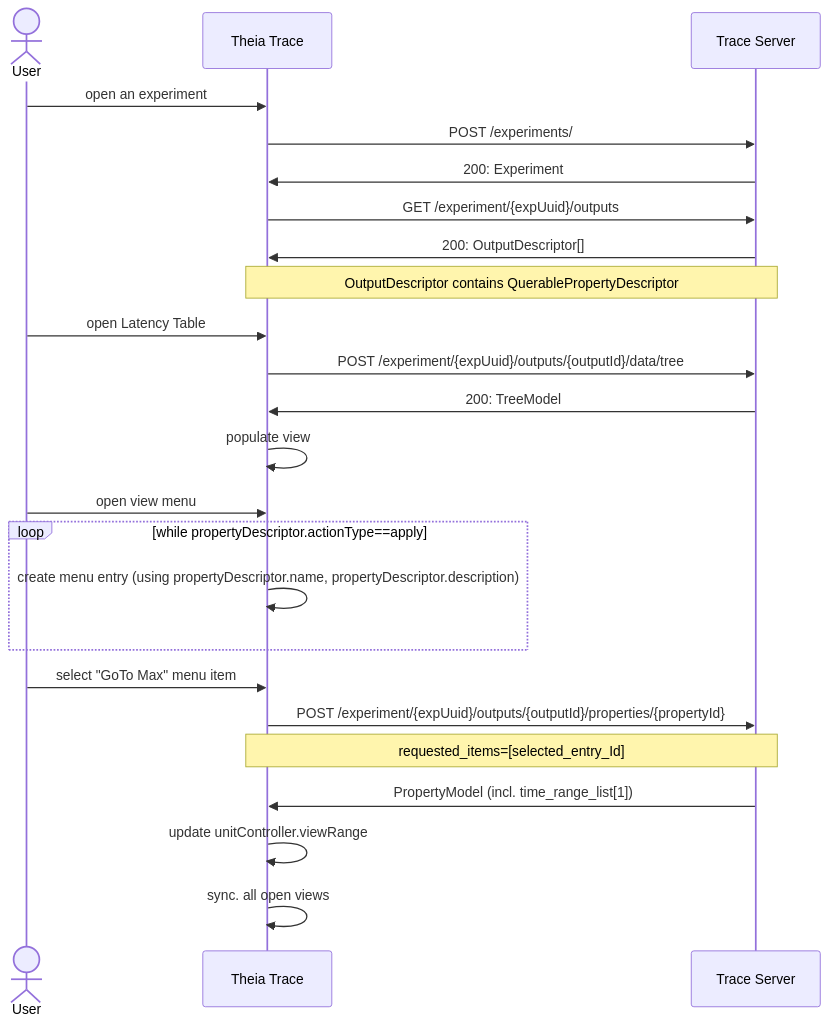
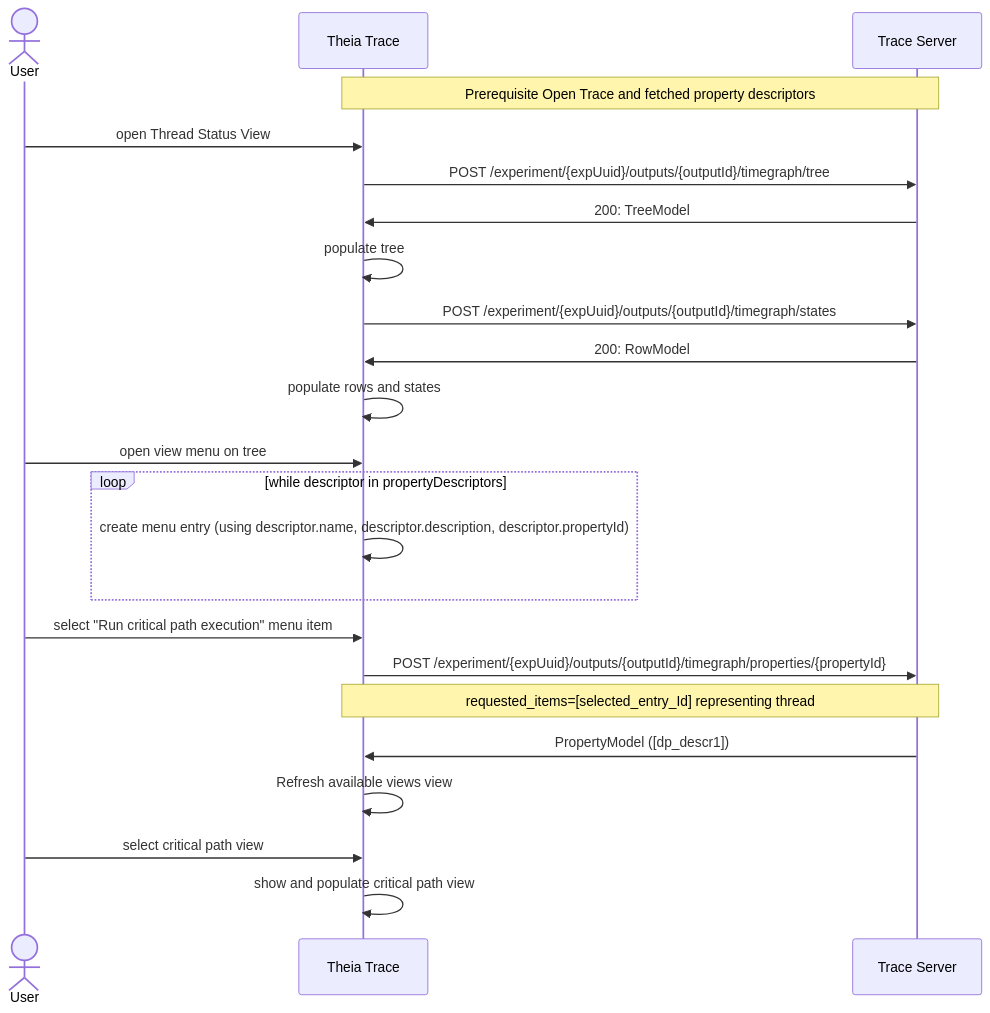
The fourth of 6 diagrams in doc/adr/0007-queryable-properties.md (eclipse-cdt-cloud/theia-trace-extension), drawn with Mermaid before and after one commit. The commit also changed other lines of this file, not shown here.

First line of the commit message:
Updated ADR 0007-queryable-properties.md

````diff
--- a/doc/adr/0007-queryable-properties.md
+++ b/doc/adr/0007-queryable-properties.md
@@ -63,26 +181,25 @@
 ```mermaid
 sequenceDiagram
     actor User
     participant client as Theia Trace
     participant server as Trace Server
-    User->>client: open an experiment
-    client->>server: POST /experiments/
-    server->>client: 200: Experiment
-    client->>server: GET /experiment/{expUuid}/outputs
-    server->>client: 200: OutputDescriptor[]
-    Note over client,server: OutputDescriptor contains QuerablePropertyDescriptor
-    User->>client: open Latency Table
-    client->>server: POST /experiment/{expUuid}/outputs/{outputId}/data/tree
+    Note over client,server: Prerequisite Open Trace and fetched property descriptors
+    User->>client: open Thread Status View
+    client->>server: POST /experiment/{expUuid}/outputs/{outputId}/timegraph/tree
     server->>client: 200: TreeModel
-    client->>client: populate view
-    User->>client: open view menu
-    loop while propertyDescriptor.actionType==apply
-        client->>client: create menu entry (using propertyDescriptor.name, propertyDescriptor.description)
+    client->>client: populate tree
+    client->>server: POST /experiment/{expUuid}/outputs/{outputId}/timegraph/states
+    server->>client: 200: RowModel
+    client->>client: populate rows and states
+    User->>client: open view menu on tree
+    loop while descriptor in propertyDescriptors
+        client->>client: create menu entry (using descriptor.name, descriptor.description, descriptor.propertyId)
     end
-    User->>client: select "GoTo Max" menu item
-    client->>server: POST /experiment/{expUuid}/outputs/{outputId}/properties/{propertyId}
-    Note over client,server: requested_items=[selected_entry_Id]
-    server->>client: PropertyModel (incl. time_range_list[1])
-    client->>client: update unitController.viewRange
-    client->>client: sync. all open views
+    User->>client: select "Run critical path execution" menu item
+    client->>server: POST /experiment/{expUuid}/outputs/{outputId}/timegraph/properties/{propertyId}
+    Note over client,server: requested_items=[selected_entry_Id] representing thread
+    server->>client: PropertyModel ([dp_descr1])
+    client->>client: Refresh available views view
+    User->>client: select critical path view
+    client->>client: show and populate critical path view
 ```
````
